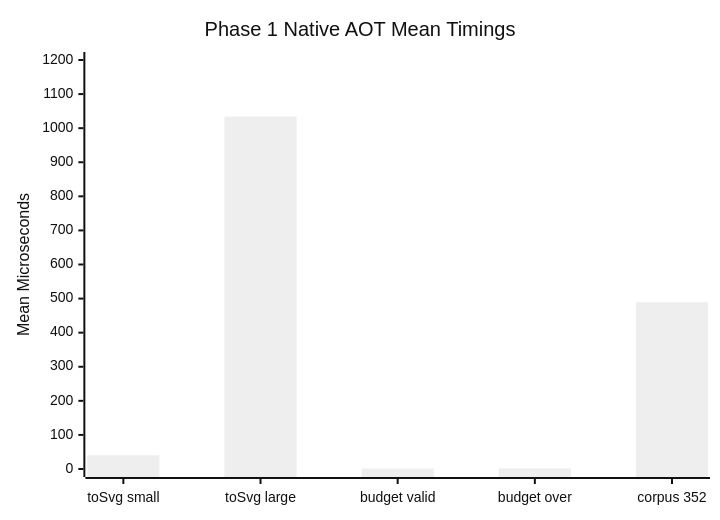
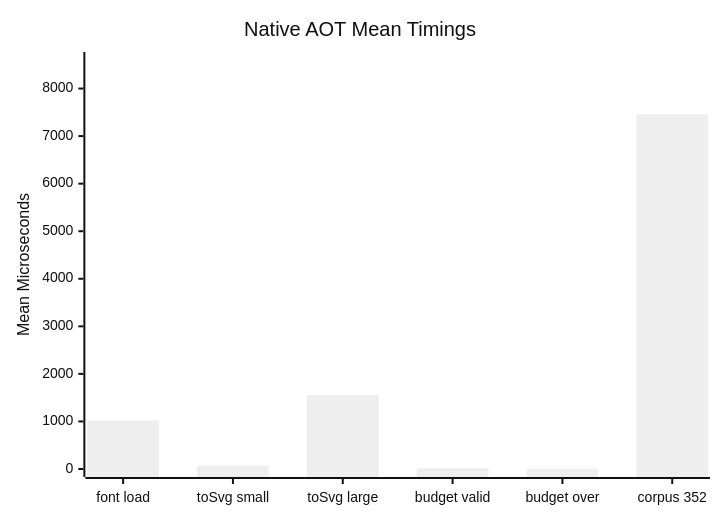
Before and after one commit to tkinnis/tex_math: the diagram in doc/BENCHMARKS.md, drawn with Mermaid (neutral theme). The commit also changed other lines of this file and 40 other files, not shown here.

````diff
--- a/doc/BENCHMARKS.md
+++ b/doc/BENCHMARKS.md
@@ -30,7 +31,7 @@
 ```mermaid
 xychart-beta
-    title "Phase 1 Native AOT Mean Timings"
-    x-axis ["toSvg small", "toSvg large", "budget valid", "budget over", "corpus 352"]
-    y-axis "Mean Microseconds" 0 --> 1200
-    bar [40.28, 1034.38, 1.45, 1.76, 489.17]
+    title "Native AOT Mean Timings"
+    x-axis ["font load", "toSvg small", "toSvg large", "budget valid", "budget over", "corpus 352"]
+    y-axis "Mean Microseconds" 0 --> 8600
+    bar [1021.38, 70.75, 1557.63, 16.02, 3.19, 7456.09]
 ```
````
